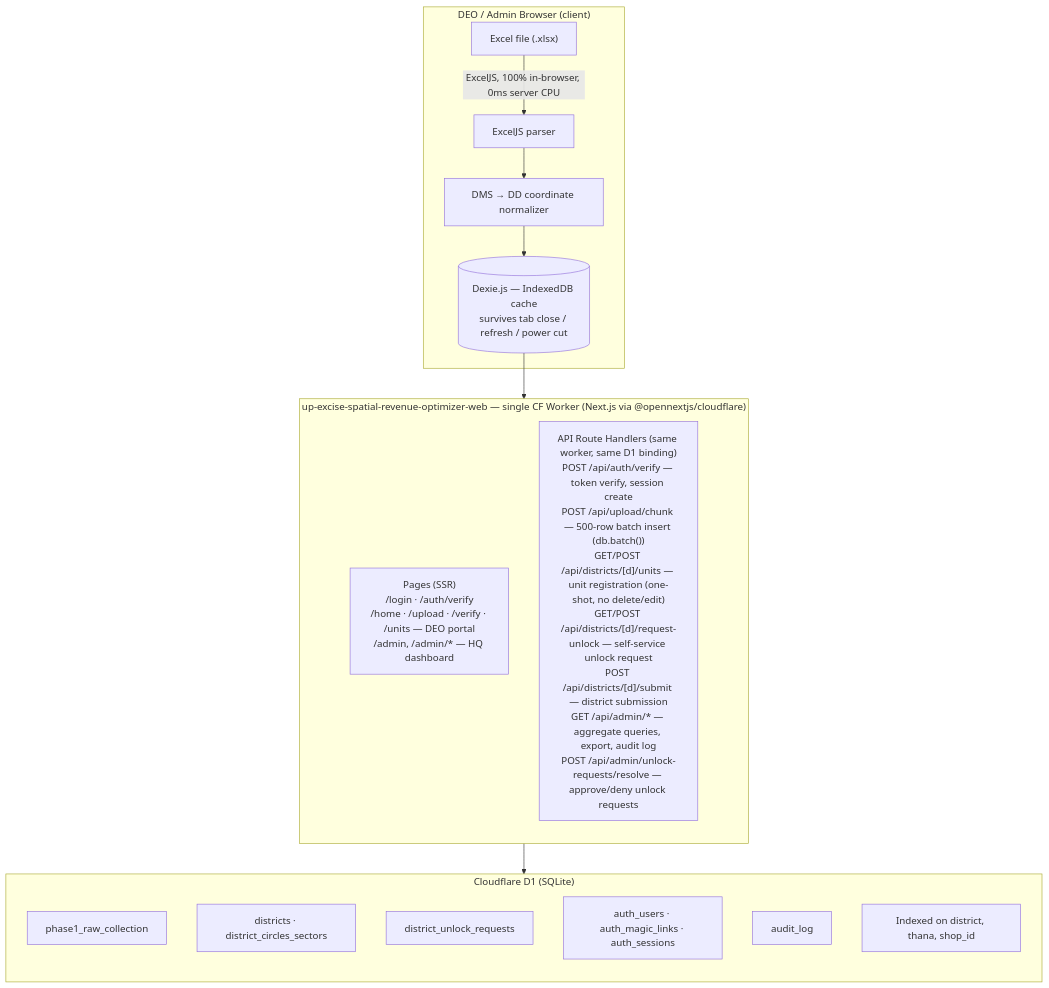
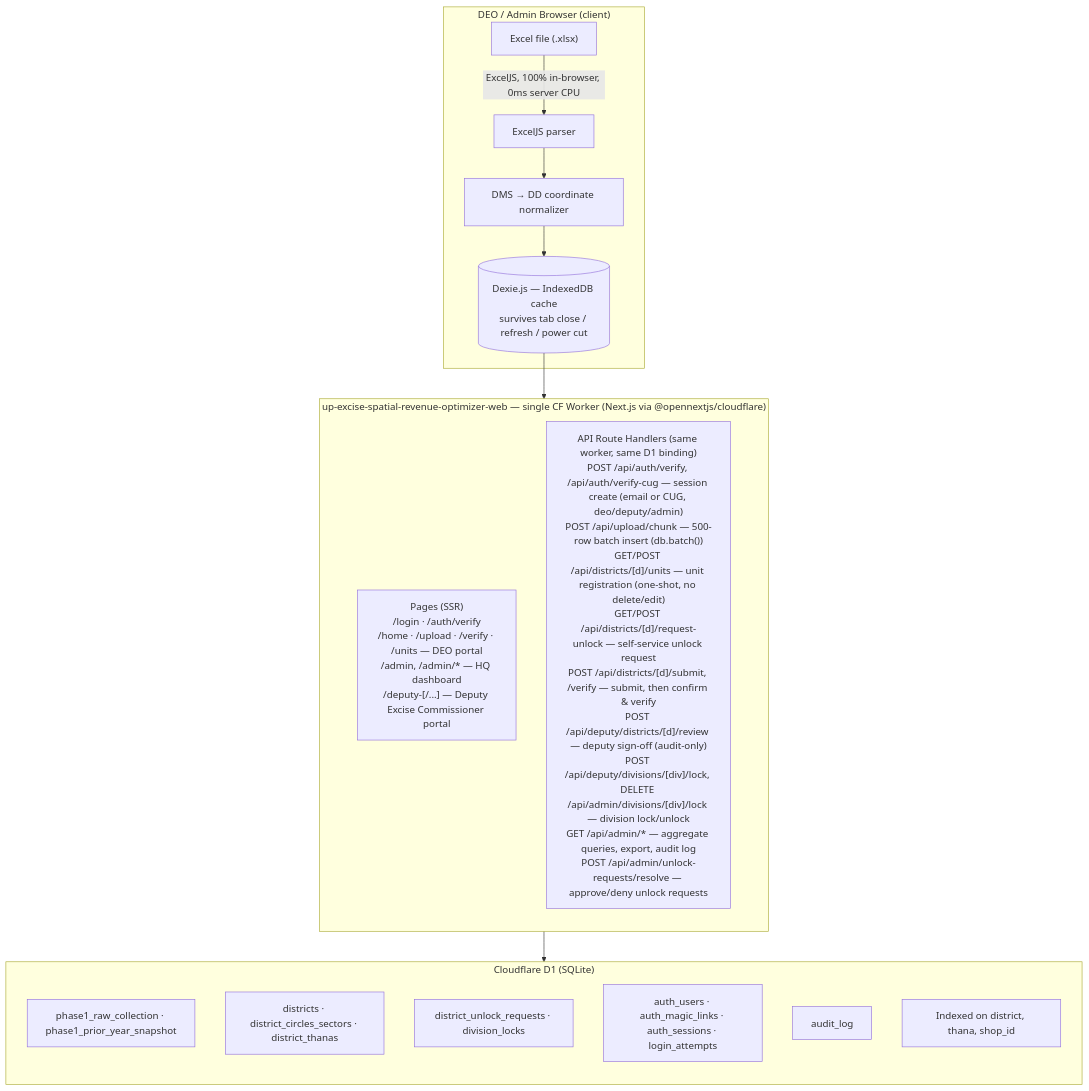
The second of 2 diagrams in roadmap.md (SubhanRaj/up-excise-spatial-revenue-optimizer), drawn with Mermaid before and after one commit. The commit also changed other lines of this file and 4 other files, not shown here.

First line of the commit message:
Docs: catch up README/SECURITY/TEST/app-flow/roadmap to M-103–M-106

````diff
--- a/roadmap.md
+++ b/roadmap.md
@@ -216,28 +216,28 @@
 ```mermaid
 flowchart TB
     subgraph Browser["DEO / Admin Browser (client)"]
         Excel["Excel file (.xlsx)"] -->|ExcelJS, 100% in-browser, 0ms server CPU| Parse["ExcelJS parser"]
         Parse --> Coord["DMS → DD coordinate normalizer"]
         Coord --> IDB[("Dexie.js — IndexedDB cache\nsurvives tab close / refresh / power cut")]
     end
 
     IDB --> Worker
 
     subgraph Worker["up-excise-spatial-revenue-optimizer-web — single CF Worker (Next.js via @opennextjs/cloudflare)"]
         direction TB
-        Pages["Pages (SSR)\n/login · /auth/verify\n/home · /upload · /verify · /units — DEO portal\n/admin, /admin/* — HQ dashboard"]
-        Routes["API Route Handlers (same worker, same D1 binding)\nPOST /api/auth/verify — token verify, session create\nPOST /api/upload/chunk — 500-row batch insert (db.batch())\nGET/POST /api/districts/[d]/units — unit registration (one-shot, no delete/edit)\nGET/POST /api/districts/[d]/request-unlock — self-service unlock request\nPOST /api/districts/[d]/submit — district submission\nGET /api/admin/* — aggregate queries, export, audit log\nPOST /api/admin/unlock-requests/resolve — approve/deny unlock requests"]
+        Pages["Pages (SSR)\n/login · /auth/verify\n/home · /upload · /verify · /units — DEO portal\n/admin, /admin/* — HQ dashboard\n/deputy-<division>[/...] — Deputy Excise Commissioner portal"]
+        Routes["API Route Handlers (same worker, same D1 binding)\nPOST /api/auth/verify, /api/auth/verify-cug — session create (email or CUG, deo/deputy/admin)\nPOST /api/upload/chunk — 500-row batch insert (db.batch())\nGET/POST /api/districts/[d]/units — unit registration (one-shot, no delete/edit)\nGET/POST /api/districts/[d]/request-unlock — self-service unlock request\nPOST /api/districts/[d]/submit, /verify — submit, then confirm & verify\nPOST /api/deputy/districts/[d]/review — deputy sign-off (audit-only)\nPOST /api/deputy/divisions/[div]/lock, DELETE /api/admin/divisions/[div]/lock — division lock/unlock\nGET /api/admin/* — aggregate queries, export, audit log\nPOST /api/admin/unlock-requests/resolve — approve/deny unlock requests"]
     end
 
     Worker --> D1
 
     subgraph D1["Cloudflare D1 (SQLite)"]
         direction TB
-        T1["phase1_raw_collection"]
-        T2["districts · district_circles_sectors"]
-        T3["district_unlock_requests"]
-        T4["auth_users · auth_magic_links · auth_sessions"]
+        T1["phase1_raw_collection · phase1_prior_year_snapshot"]
+        T2["districts · district_circles_sectors · district_thanas"]
+        T3["district_unlock_requests · division_locks"]
+        T4["auth_users · auth_magic_links · auth_sessions · login_attempts"]
         T5["audit_log"]
         T6["Indexed on district, thana, shop_id"]
     end
 ```
````
